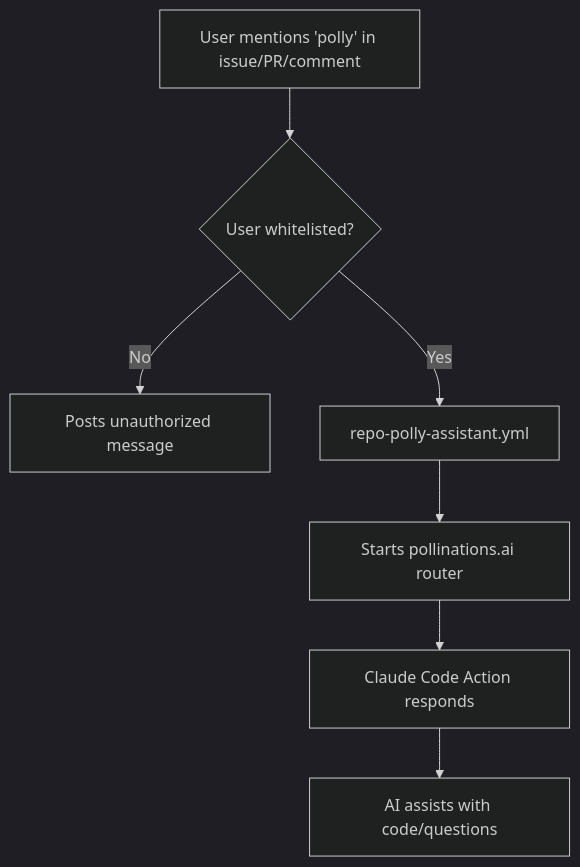
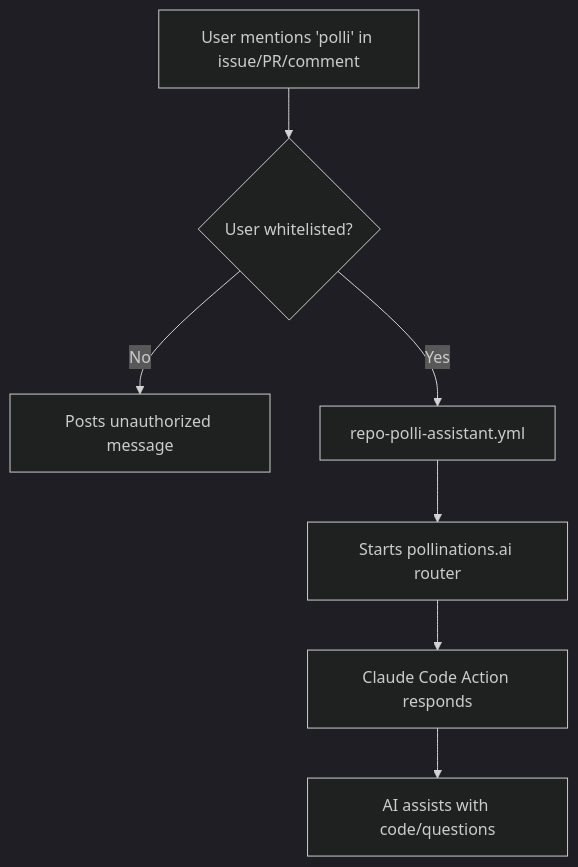
One commit to pollinations/pollinations changed the fourth of 4 diagrams in .github/docs/TRIAGE.md. Above: the diagram before and after it, drawn with Mermaid. The commit also changed other lines of this file and 112 other files, not shown here.

First line of the commit message:
refactor: rename Polly to Polli

````diff
--- a/.github/docs/TRIAGE.md
+++ b/.github/docs/TRIAGE.md
@@ -126,10 +126,10 @@
 ```mermaid
 %%{init: {'theme': 'dark'}}%%
 flowchart TD
-    A[User mentions 'polly' in issue/PR/comment] --> B{User whitelisted?}
+    A[User mentions 'polli' in issue/PR/comment] --> B{User whitelisted?}
     B -->|No| C[Posts unauthorized message]
-    B -->|Yes| D[repo-polly-assistant.yml]
+    B -->|Yes| D[repo-polli-assistant.yml]
     D --> E[Starts pollinations.ai router]
     E --> F[Claude Code Action responds]
     F --> G[AI assists with code/questions]
 ```
````
